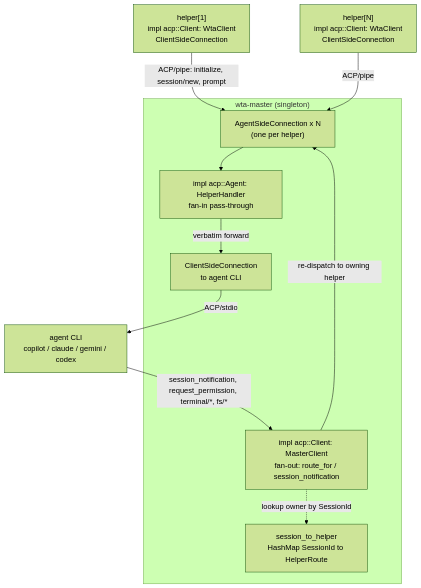
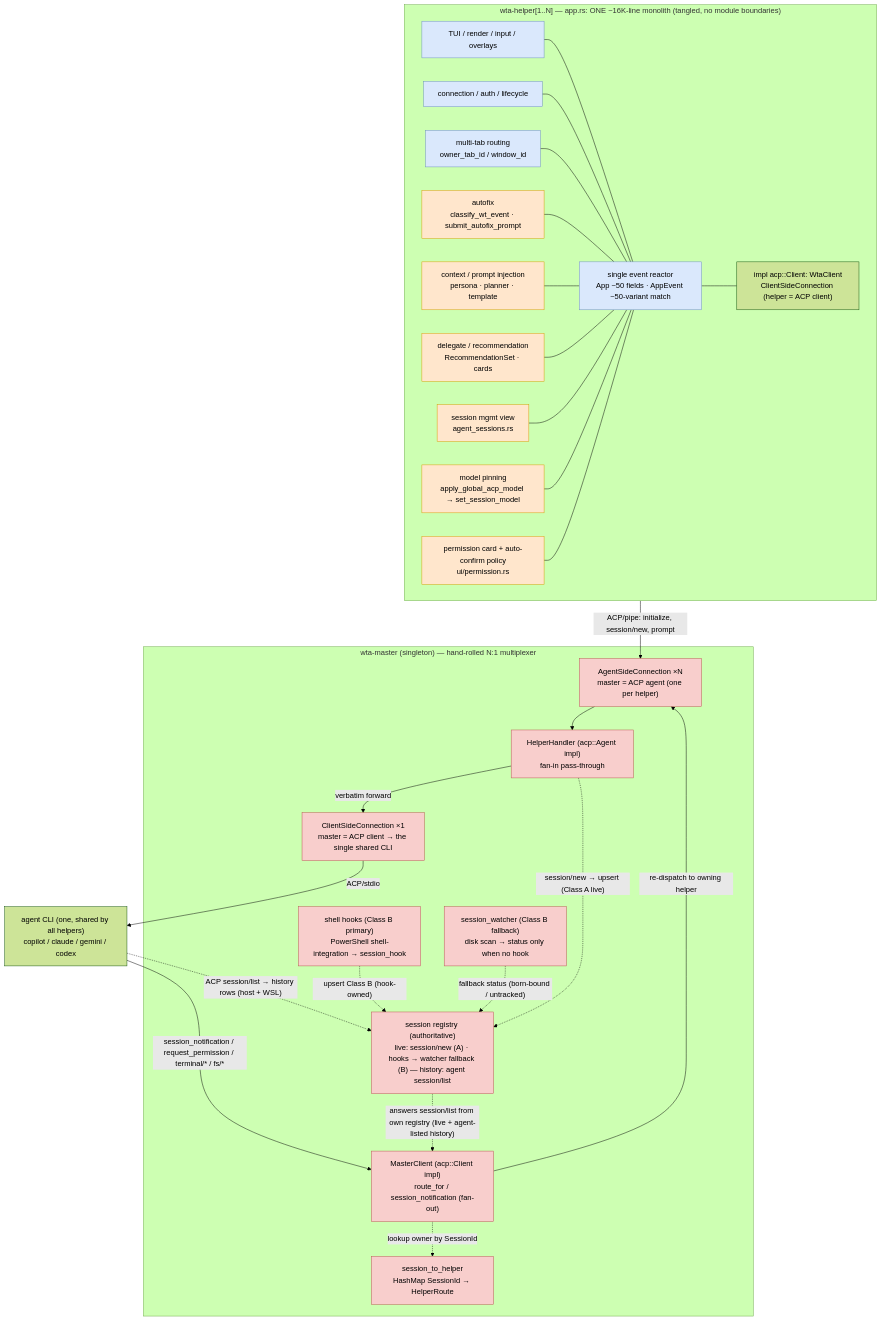
The first of 5 diagrams in doc/specs/acp-1.0-conductor-migration.md (microsoft/intelligent-terminal), drawn with Mermaid (forest theme) before and after one commit. The commit also changed other lines of this file, not shown here.

First line of the commit message:
docs(spec): refine conductor-migration diagrams and merge redundant Phase 2 tables

````diff
--- a/doc/specs/acp-1.0-conductor-migration.md
+++ b/doc/specs/acp-1.0-conductor-migration.md
@@ -83,24 +101,60 @@
 ```mermaid
 flowchart TB
-    H1["helper[1]<br/>impl acp::Client: WtaClient<br/>ClientSideConnection"]
-    Hn["helper[N]<br/>impl acp::Client: WtaClient<br/>ClientSideConnection"]
-
-    subgraph master["wta-master (singleton)"]
-        ASC["AgentSideConnection x N<br/>(one per helper)"]
-        HH["impl acp::Agent: HelperHandler<br/>fan-in pass-through"]
-        MAP["session_to_helper<br/>HashMap SessionId to HelperRoute"]
-        MC["impl acp::Client: MasterClient<br/>fan-out: route_for / session_notification"]
-        CSC["ClientSideConnection<br/>to agent CLI"]
+    subgraph helper["wta-helper[1..N] — app.rs: ONE ~16K-line monolith (tangled, no module boundaries)"]
+        direction LR
+        REACTOR["single event reactor<br/>App ~50 fields · AppEvent ~50-variant match"]
+        TUI["TUI / render / input / overlays"]
+        CONN["connection / auth / lifecycle"]
+        TAB["multi-tab routing<br/>owner_tab_id / window_id"]
+        AFX["autofix<br/>classify_wt_event · submit_autofix_prompt"]
+        CTX["context / prompt injection<br/>persona · planner · template"]
+        REC["delegate / recommendation<br/>RecommendationSet · cards"]
+        SESS["session mgmt view<br/>agent_sessions.rs"]
+        MOD["model pinning<br/>apply_global_acp_model → set_session_model"]
+        PERM["permission card + auto-confirm policy<br/>ui/permission.rs"]
+        WC["impl acp::Client: WtaClient<br/>ClientSideConnection (helper = ACP client)"]
+        TUI --- REACTOR
+        CONN --- REACTOR
+        TAB --- REACTOR
+        AFX --- REACTOR
+        CTX --- REACTOR
+        REC --- REACTOR
+        SESS --- REACTOR
+        MOD --- REACTOR
+        PERM --- REACTOR
+        REACTOR --- WC
     end
 
-    CLI["agent CLI<br/>copilot / claude / gemini / codex"]
+    subgraph master["wta-master (singleton) — hand-rolled N:1 multiplexer"]
+        ASC["AgentSideConnection ×N<br/>master = ACP agent (one per helper)"]
+        HH["HelperHandler (acp::Agent impl)<br/>fan-in pass-through"]
+        MAP["session_to_helper<br/>HashMap SessionId → HelperRoute"]
+        MC["MasterClient (acp::Client impl)<br/>route_for / session_notification (fan-out)"]
+        REG["session registry (authoritative)<br/>live: session/new (A) · hooks → watcher fallback (B) — history: agent session/list"]
+        HOOK["shell hooks (Class B primary)<br/>PowerShell shell-integration → session_hook"]
+        WATCH["session_watcher (Class B fallback)<br/>disk scan → status only when no hook"]
+        CSC["ClientSideConnection ×1<br/>master = ACP client → the single shared CLI"]
+    end
 
-    H1 -->|"ACP/pipe: initialize, session/new, prompt"| ASC
-    Hn -->|"ACP/pipe"| ASC
+    CLI["agent CLI (one, shared by all helpers)<br/>copilot / claude / gemini / codex"]
+
+    WC -->|"ACP/pipe: initialize, session/new, prompt"| ASC
     ASC --> HH
     HH -->|"verbatim forward"| CSC
     CSC -->|"ACP/stdio"| CLI
-    CLI -->|"session_notification, request_permission, terminal/*, fs/*"| MC
+    CLI -->|"session_notification / request_permission / terminal/* / fs/*"| MC
     MC -.->|"lookup owner by SessionId"| MAP
     MC -->|"re-dispatch to owning helper"| ASC
+    HH -.->|"session/new → upsert (Class A live)"| REG
+    HOOK -.->|"upsert Class B (hook-owned)"| REG
+    WATCH -.->|"fallback status (born-bound / untracked)"| REG
+    CLI -.->|"ACP session/list → history rows (host + WSL)"| REG
+    REG -.->|"answers session/list from own registry (live + agent-listed history)"| MC
+
+    classDef proxyable fill:#ffe6cc,stroke:#d79b00,color:#000;
+    classDef plumbing fill:#dae8fc,stroke:#6c8ebf,color:#000;
+    classDef handrolled fill:#f8cecc,stroke:#b85450,color:#000;
+    class AFX,CTX,REC,SESS,MOD,PERM proxyable;
+    class TUI,CONN,TAB,REACTOR plumbing;
+    class HH,MAP,MC,REG,HOOK,WATCH,ASC,CSC handrolled;
 ```
````
